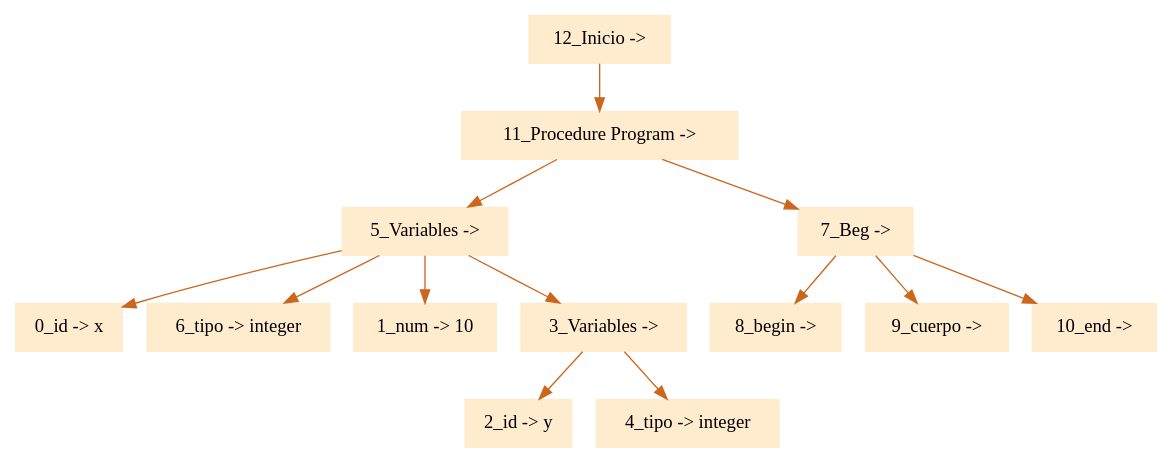
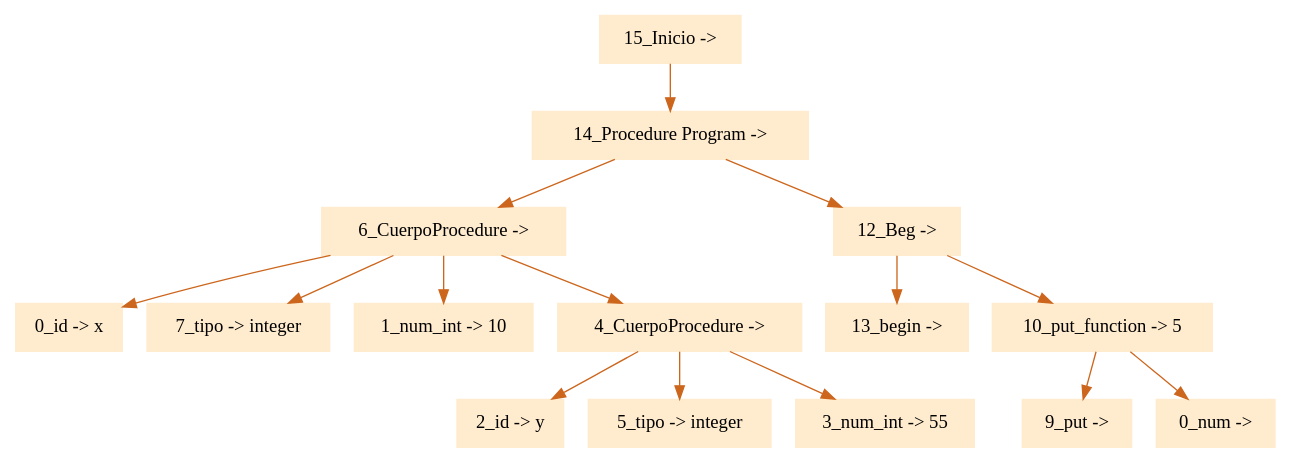
Before and after one commit to eliasgz97/Proyecto_Compiladores: the diagram in ProyectoCompiladores/arbol.dot, drawn with Graphviz. The commit also changed 8 other files, not shown here.

```diff
--- a/ProyectoCompiladores/arbol.dot
+++ b/ProyectoCompiladores/arbol.dot
@@ -1,17 +1,19 @@
 digraph G {node[shape=box, style=filled, color=blanchedalmond]; edge[color=chocolate3];rankdir=UD 
 
-"12_Inicio -> "->"11_Procedure Program -> "
-"11_Procedure Program -> "->"5_Variables -> "
-"5_Variables -> "->"0_id -> x"
-"5_Variables -> "->"6_tipo -> integer"
-"5_Variables -> "->"1_num -> 10"
-"5_Variables -> "->"3_Variables -> "
-"3_Variables -> "->"2_id -> y"
-"3_Variables -> "->"4_tipo -> integer"
-"11_Procedure Program -> "->"7_Beg -> "
-"7_Beg -> "->"8_begin -> "
-"7_Beg -> "->"9_cuerpo -> "
-"7_Beg -> "->"10_end -> "
+"15_Inicio -> "->"14_Procedure Program -> "
+"14_Procedure Program -> "->"6_CuerpoProcedure -> "
+"6_CuerpoProcedure -> "->"0_id -> x"
+"6_CuerpoProcedure -> "->"7_tipo -> integer"
+"6_CuerpoProcedure -> "->"1_num_int -> 10"
+"6_CuerpoProcedure -> "->"4_CuerpoProcedure -> "
+"4_CuerpoProcedure -> "->"2_id -> y"
+"4_CuerpoProcedure -> "->"5_tipo -> integer"
+"4_CuerpoProcedure -> "->"3_num_int -> 55"
+"14_Procedure Program -> "->"12_Beg -> "
+"12_Beg -> "->"13_begin -> "
+"12_Beg -> "->"10_put_function -> 5"
+"10_put_function -> 5"->"9_put -> "
+"10_put_function -> 5"->"0_num -> "
 
 
 }
```
